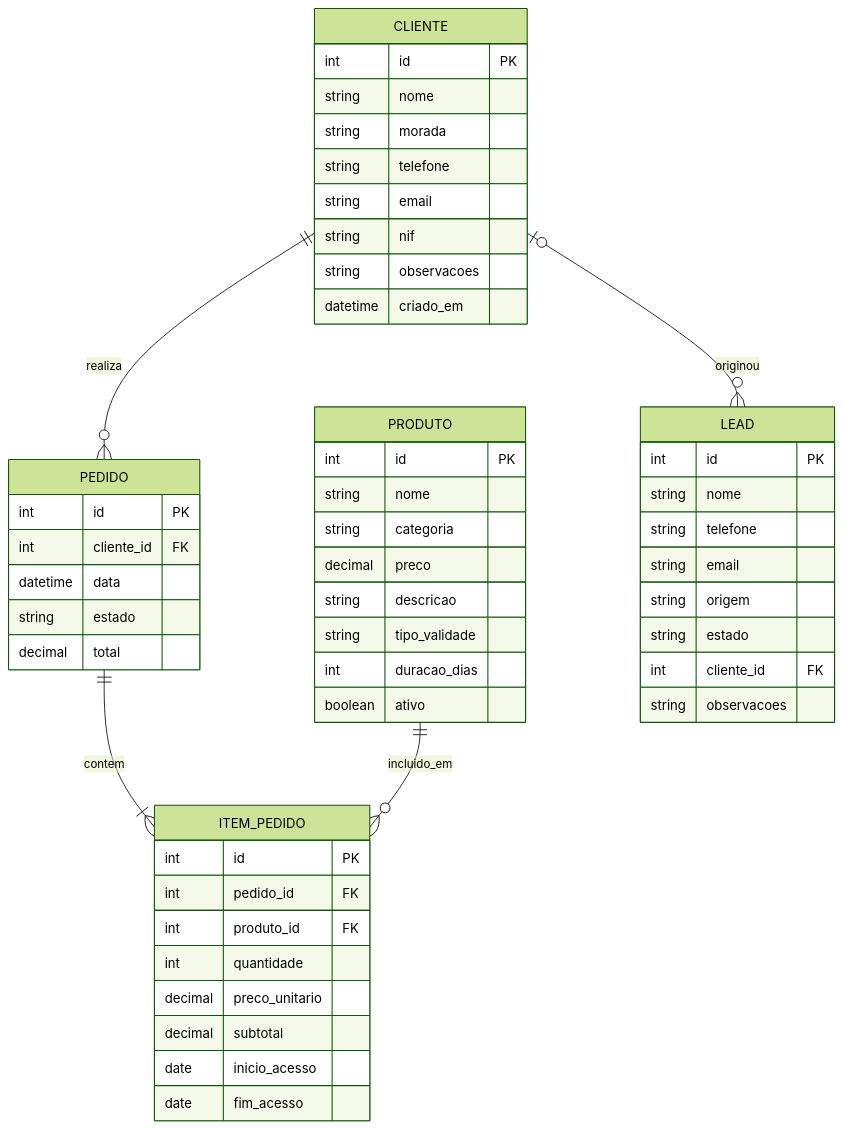
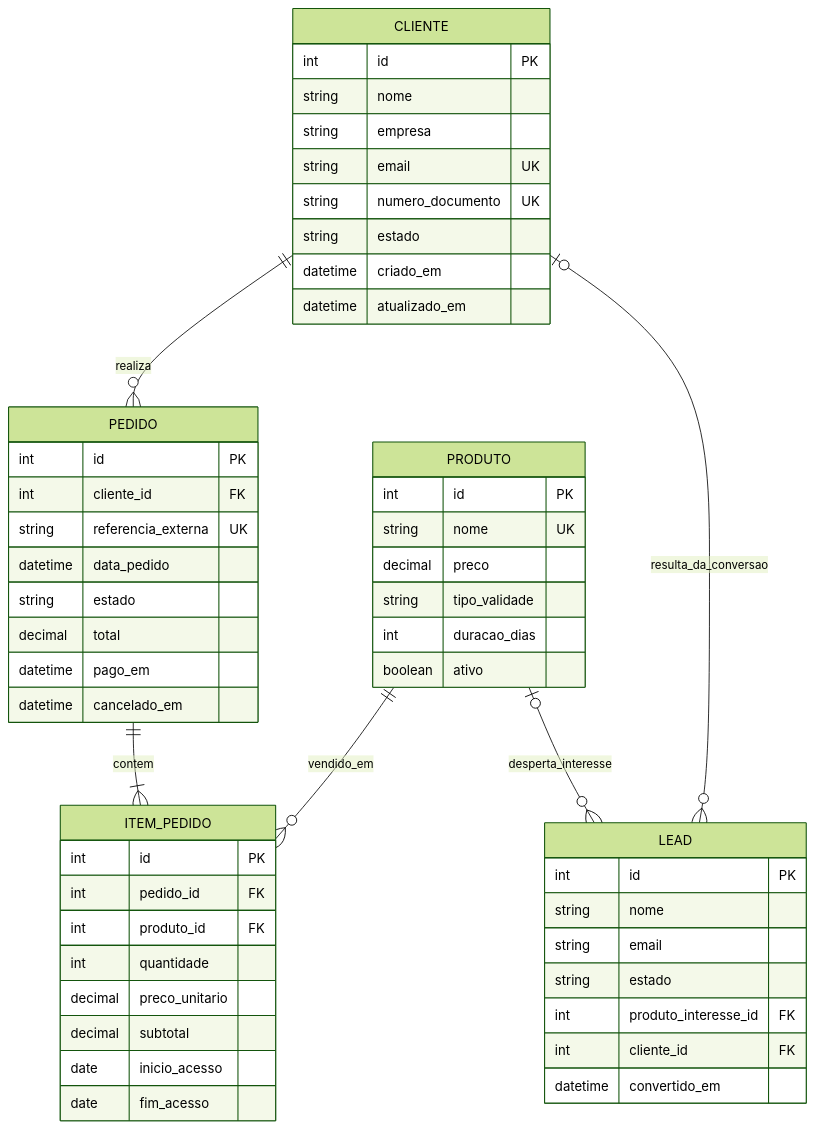
Before and after one commit to jeffersonprg/FDT_Sales_Manager: the diagram in docs/05_Diagrama_ERD.md, drawn with Mermaid (forest theme). The commit also changed other lines of this file and 47 other files, not shown here.

````diff
--- a/docs/05_Diagrama_ERD.md
+++ b/docs/05_Diagrama_ERD.md
@@ -7,60 +3,60 @@
 ```mermaid
 erDiagram
-
     CLIENTE ||--o{ PEDIDO : realiza
     PEDIDO ||--|{ ITEM_PEDIDO : contem
-    PRODUTO ||--o{ ITEM_PEDIDO : incluido_em
-    CLIENTE o|--o{ LEAD : originou
+    PRODUTO ||--o{ ITEM_PEDIDO : vendido_em
+    PRODUTO o|--o{ LEAD : desperta_interesse
+    CLIENTE o|--o{ LEAD : resulta_da_conversao
 
     CLIENTE {
         int id PK
         string nome
-        string morada
-        string telefone
-        string email
-        string nif
-        string observacoes
+        string empresa
+        string email UK
+        string numero_documento UK
+        string estado
         datetime criado_em
+        datetime atualizado_em
     }
 
     PRODUTO {
         int id PK
-        string nome
-        string categoria
+        string nome UK
         decimal preco
-        string descricao
         string tipo_validade
         int duracao_dias
         boolean ativo
     }
 
     PEDIDO {
         int id PK
         int cliente_id FK
-        datetime data
+        string referencia_externa UK
+        datetime data_pedido
         string estado
         decimal total
+        datetime pago_em
+        datetime cancelado_em
     }
 
     ITEM_PEDIDO {
         int id PK
         int pedido_id FK
         int produto_id FK
         int quantidade
         decimal preco_unitario
         decimal subtotal
         date inicio_acesso
         date fim_acesso
     }
 
     LEAD {
         int id PK
         string nome
-        string telefone
         string email
-        string origem
         string estado
+        int produto_interesse_id FK
         int cliente_id FK
-        string observacoes
+        datetime convertido_em
     }
 ```
````
